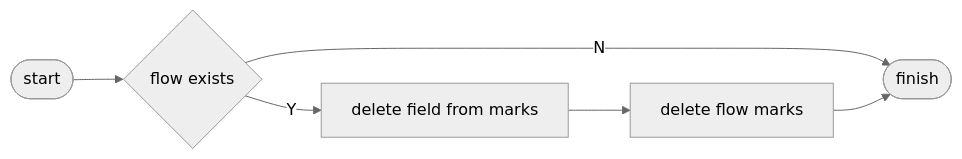
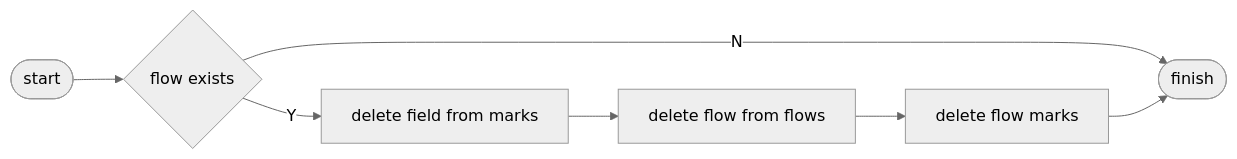
One commit to niuiic/track.nvim changed diagram 12 of 24 in DESIGN.md. Above: the diagram before and after it, drawn with Mermaid (neutral theme). The commit also changed other lines of this file and 4 other files, not shown here.

Commit message:
feat: change flow order

````diff
--- a/DESIGN.md
+++ b/DESIGN.md
@@ -298,14 +306,16 @@
 ```mermaid
 flowchart LR
     start([start]) --> n1
 
     n1{flow exists}
     n1 --Y--> n2
     n1 --N--> finish
 
-    n2[delete field from marks] --> n3
+    n2[delete field from marks] --> n4
+
+    n4[delete flow from flows] --> n3
 
     n3[delete flow marks] --> finish
 
     finish([finish])
 ```
````
